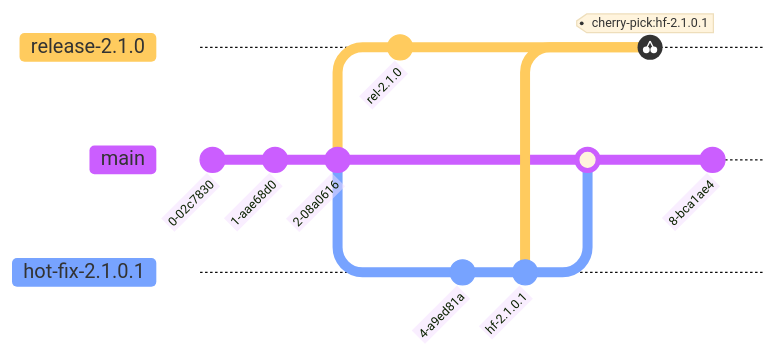
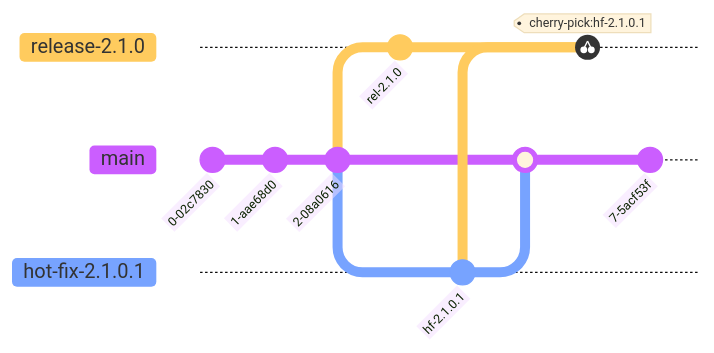
One commit to IBM/dbb-zappbuild changed the eighth of 9 diagrams in docs/the-git-based-process-you-need-for-mainframe-development-DRAFT/introduction.md. Above: the diagram before and after it, drawn with Mermaid. The commit also changed other lines of this file, not shown here. Commit ids are hidden.

```diff
--- a/docs/the-git-based-process-you-need-for-mainframe-development-DRAFT/introduction.md
+++ b/docs/the-git-based-process-you-need-for-mainframe-development-DRAFT/introduction.md
@@ -209,20 +213,19 @@
 ~~~mermaid
 %%{init: { 'fontFamily': 'IBM Plex Sans',
            'logLevel': 'debug', 'theme': 'base', 'gitGraph': {'showBranches': true, 'showCommitLabel':true,'mainBranchOrder': 4}} }%%
       gitGraph
       commit
       commit
       commit
       branch release-2.1.0 order: 2
       commit id:"rel-2.1.0"
       checkout main
       branch hot-fix-2.1.0.1 order: 5
-      commit
       commit id:"hf-2.1.0.1"
       checkout main
       merge hot-fix-2.1.0.1
       checkout release-2.1.0
       cherry-pick id:"hf-2.1.0.1"
       checkout main
       commit
 ~~~
```
